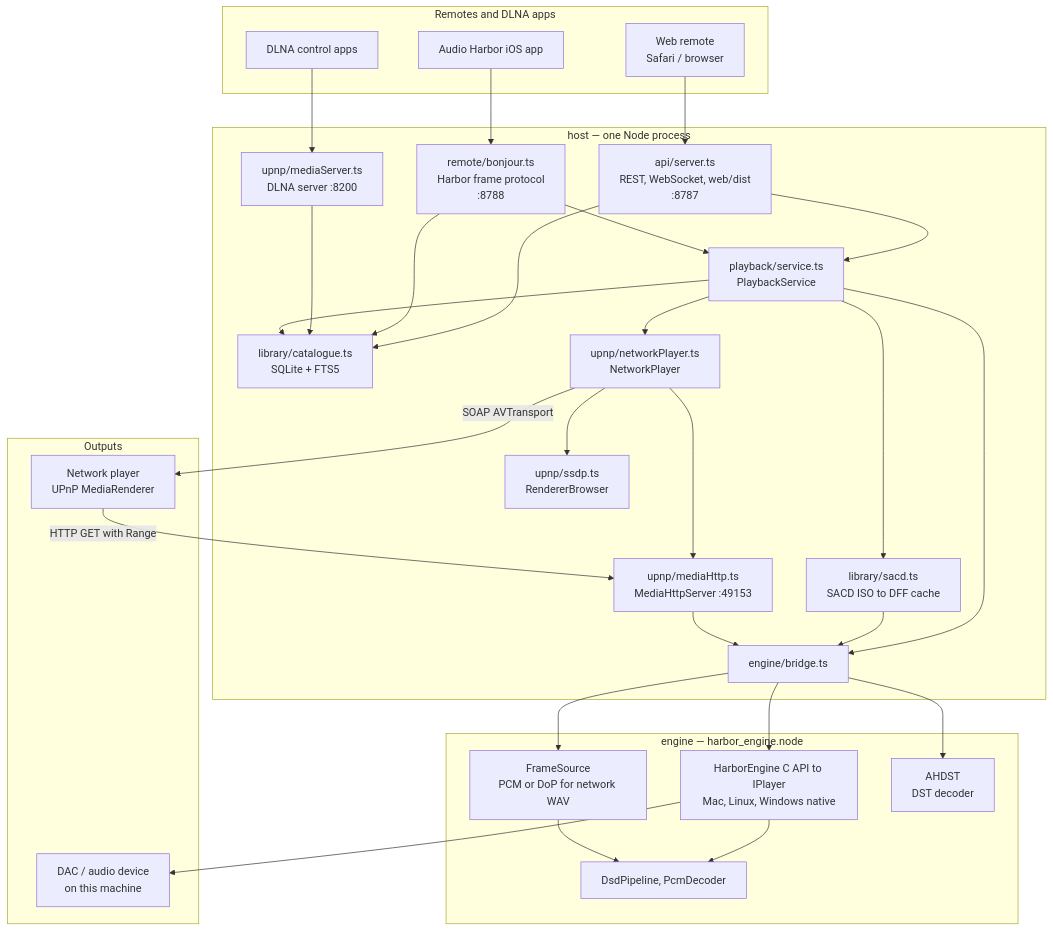
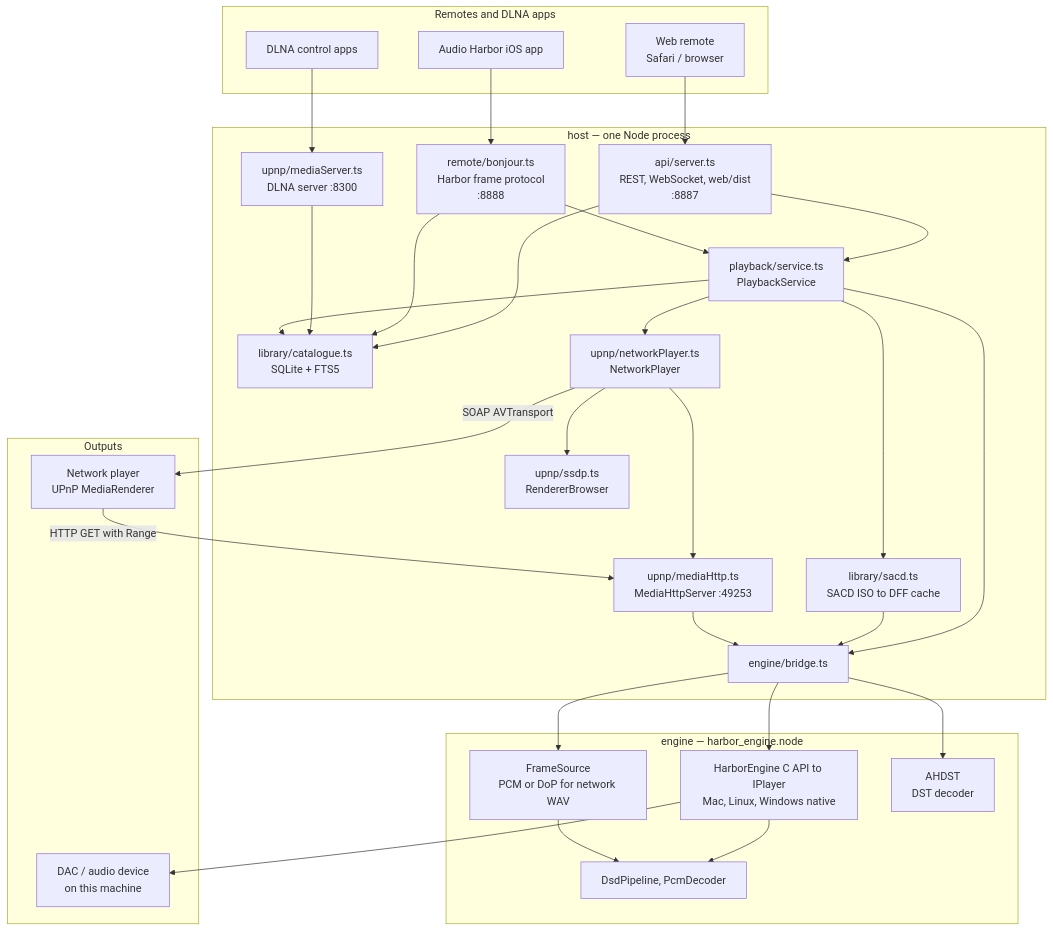
One commit to petergerov/audio-harbor-headless changed the first of 2 diagrams in docs/ARCHITECTURE.md. Above: the diagram before and after it, drawn with Mermaid. The commit also changed other lines of this file and 13 other files, not shown here.

First line of the commit message:
Fit Graphic EQ on iPhone; offset ports from the Mac app.

````diff
--- a/docs/ARCHITECTURE.md
+++ b/docs/ARCHITECTURE.md
@@ -19,58 +19,58 @@
 ```mermaid
 flowchart TB
   subgraph clients["Remotes and DLNA apps"]
     webui["Web remote<br/>Safari / browser"]
     ios["Audio Harbor iOS app"]
     dlnaapp["DLNA control apps"]
   end
 
   subgraph host["host — one Node process"]
-    api["api/server.ts<br/>REST, WebSocket, web/dist<br/>:8787"]
-    bonjour["remote/bonjour.ts<br/>Harbor frame protocol<br/>:8788"]
-    mediaserver["upnp/mediaServer.ts<br/>DLNA server :8200"]
+    api["api/server.ts<br/>REST, WebSocket, web/dist<br/>:8887"]
+    bonjour["remote/bonjour.ts<br/>Harbor frame protocol<br/>:8888"]
+    mediaserver["upnp/mediaServer.ts<br/>DLNA server :8300"]
     playback["playback/service.ts<br/>PlaybackService"]
     catalogue["library/catalogue.ts<br/>SQLite + FTS5"]
     sacd["library/sacd.ts<br/>SACD ISO to DFF cache"]
     netplayer["upnp/networkPlayer.ts<br/>NetworkPlayer"]
     ssdp["upnp/ssdp.ts<br/>RendererBrowser"]
-    mediahttp["upnp/mediaHttp.ts<br/>MediaHttpServer :49153"]
+    mediahttp["upnp/mediaHttp.ts<br/>MediaHttpServer :49253"]
     bridge["engine/bridge.ts"]
   end
 
   subgraph engine["engine — harbor_engine.node"]
     players["HarborEngine C API to IPlayer<br/>Mac, Linux, Windows native"]
     framesrc["FrameSource<br/>PCM or DoP for network WAV"]
     dst["AHDST<br/>DST decoder"]
     dsd["DsdPipeline, PcmDecoder"]
   end
 
   subgraph outputs["Outputs"]
     dac["DAC / audio device<br/>on this machine"]
     renderer["Network player<br/>UPnP MediaRenderer"]
   end
 
   webui --> api
   ios --> bonjour
   dlnaapp --> mediaserver
   api --> playback
   bonjour --> playback
   api --> catalogue
   bonjour --> catalogue
   mediaserver --> catalogue
   playback --> catalogue
   playback --> bridge
   playback --> netplayer
   playback --> sacd
   netplayer --> ssdp
   netplayer --> mediahttp
   sacd --> bridge
   mediahttp --> bridge
   bridge --> players
   bridge --> framesrc
   bridge --> dst
   players --> dsd
   framesrc --> dsd
   players --> dac
   netplayer -->|SOAP AVTransport| renderer
   renderer -->|HTTP GET with Range| mediahttp
 ```
````
